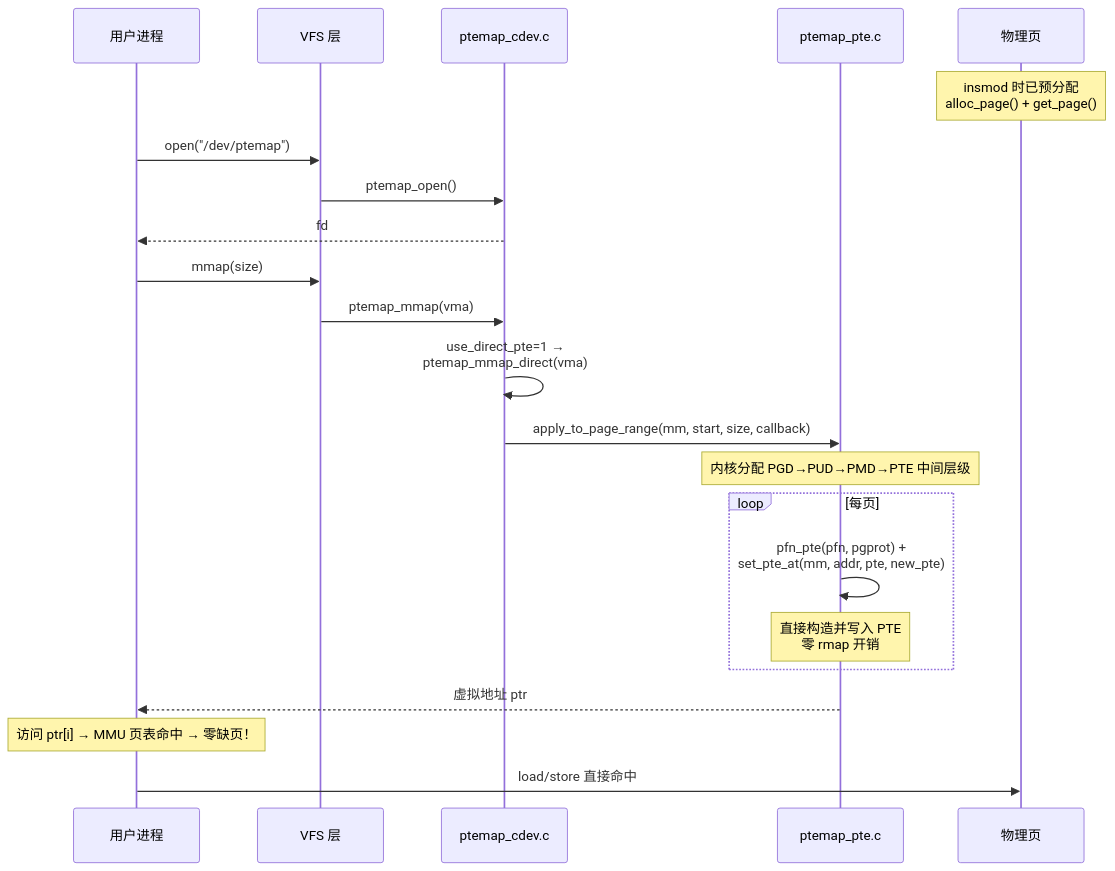
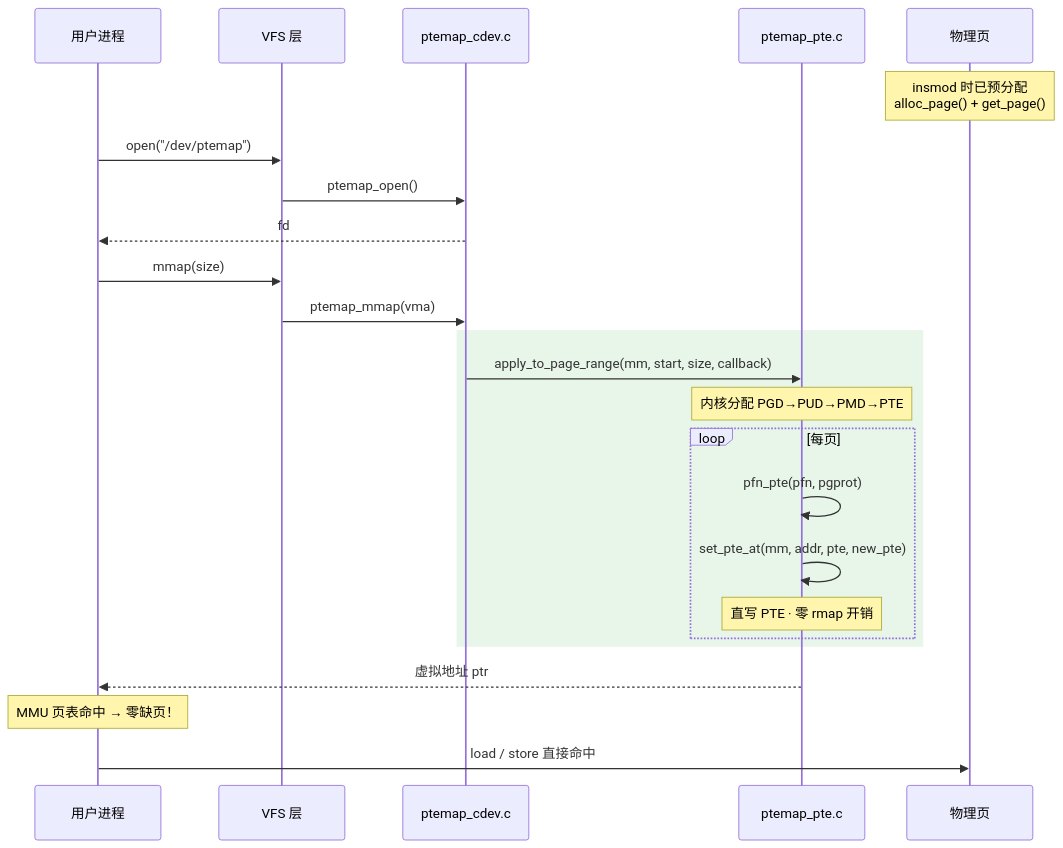
One commit to leafxuzm/Zerofault changed the third of 6 diagrams in README.md. Above: the diagram before and after it, drawn with Mermaid. The commit also changed other lines of this file, not shown here.

First line of the commit message:
README: redesign with light/bright theme and Mermaid diagrams

````diff
--- a/README.md
+++ b/README.md
@@ -67,28 +95,31 @@
 ```mermaid
 sequenceDiagram
     participant U as 用户进程
     participant VFS as VFS 层
     participant CDEV as ptemap_cdev.c
     participant PTE as ptemap_pte.c
     participant MM as 物理页
 
     Note over MM: insmod 时已预分配<br/>alloc_page() + get_page()
 
     U->>VFS: open("/dev/ptemap")
     VFS->>CDEV: ptemap_open()
     CDEV-->>U: fd
 
     U->>VFS: mmap(size)
     VFS->>CDEV: ptemap_mmap(vma)
-    CDEV->>CDEV: use_direct_pte=1 →<br/>ptemap_mmap_direct(vma)
-    CDEV->>PTE: apply_to_page_range(mm, start, size, callback)
-    Note over PTE: 内核分配 PGD→PUD→PMD→PTE 中间层级
-    loop 每页
-        PTE->>PTE: pfn_pte(pfn, pgprot) +<br/>set_pte_at(mm, addr, pte, new_pte)
-        Note over PTE: 直接构造并写入 PTE<br/>零 rmap 开销
+
+    rect rgb(232, 245, 233)
+        CDEV->>PTE: apply_to_page_range(mm, start, size, callback)
+        Note over PTE: 内核分配 PGD→PUD→PMD→PTE
+        loop 每页
+            PTE->>PTE: pfn_pte(pfn, pgprot)
+            PTE->>PTE: set_pte_at(mm, addr, pte, new_pte)
+            Note over PTE: 直写 PTE · 零 rmap 开销
+        end
     end
 
     PTE-->>U: 虚拟地址 ptr
-    Note over U: 访问 ptr[i] → MMU 页表命中 → 零缺页！
-    U->>MM: load/store 直接命中
+    Note over U: MMU 页表命中 → 零缺页！
+    U->>MM: load / store 直接命中
 ```
````
